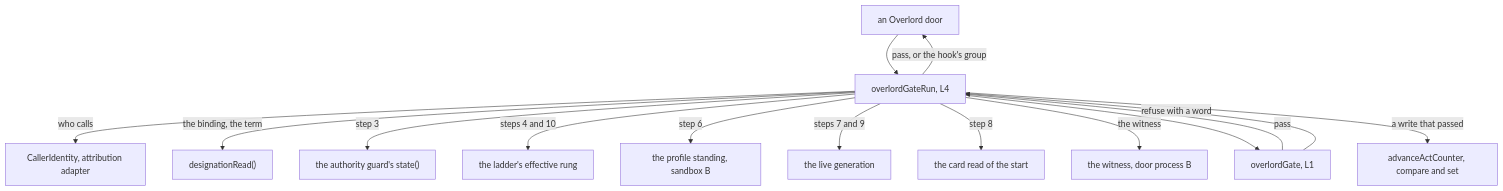
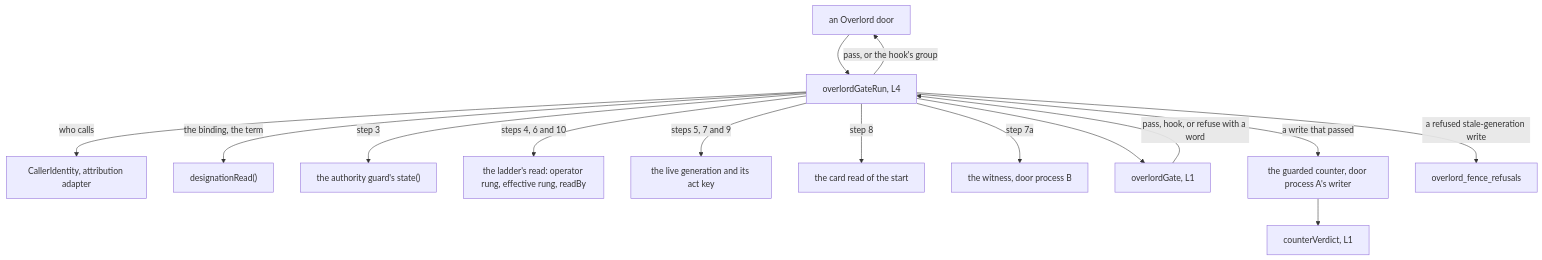
The first of 2 diagrams in docs/superpowers/plans/2026-11-14-overlord-w1/w1-gates.md (Synapsium-Labs/ccrc-pwa), drawn with Mermaid before and after one commit. The commit also changed other lines of this file and 1 other file, not shown here.

First line of the commit message:
docs(plan): the Overlord W1, Gates and identity: fix round 1

````diff
--- a/docs/superpowers/plans/2026-11-14-overlord-w1/w1-gates.md
+++ b/docs/superpowers/plans/2026-11-14-overlord-w1/w1-gates.md
@@ -53,17 +58,17 @@
 ```mermaid
 flowchart TD
   D["an Overlord door"] --> R["overlordGateRun, L4"]
   R -->|"who calls"| CI["CallerIdentity, attribution adapter"]
   R -->|"the binding, the term"| DR["designationRead()"]
   R -->|"step 3"| AG["the authority guard's state()"]
-  R -->|"steps 4 and 10"| LD["the ladder's effective rung"]
-  R -->|"step 6"| PS["the profile standing, sandbox B"]
-  R -->|"steps 7 and 9"| GN["the live generation"]
+  R -->|"steps 4, 6 and 10"| LD["the ladder's read: operator rung, effective rung, readBy"]
+  R -->|"steps 5, 7 and 9"| GN["the live generation and its act key"]
   R -->|"step 8"| CR["the card read of the start"]
-  R -->|"the witness"| WT["the witness, door process B"]
+  R -->|"step 7a"| WT["the witness, door process B"]
   R --> G["overlordGate, L1"]
-  G -->|"pass"| R
-  G -->|"refuse with a word"| R
-  R -->|"a write that passed"| CTR["advanceActCounter, compare and set"]
+  G -->|"pass, hook, or refuse with a word"| R
+  R -->|"a write that passed"| CTR["the guarded counter, door process A's writer"]
+  CTR --> CV["counterVerdict, L1"]
+  R -->|"a refused stale-generation write"| FR["overlord_fence_refusals"]
   R -->|"pass, or the hook's group"| D
 ```
````
